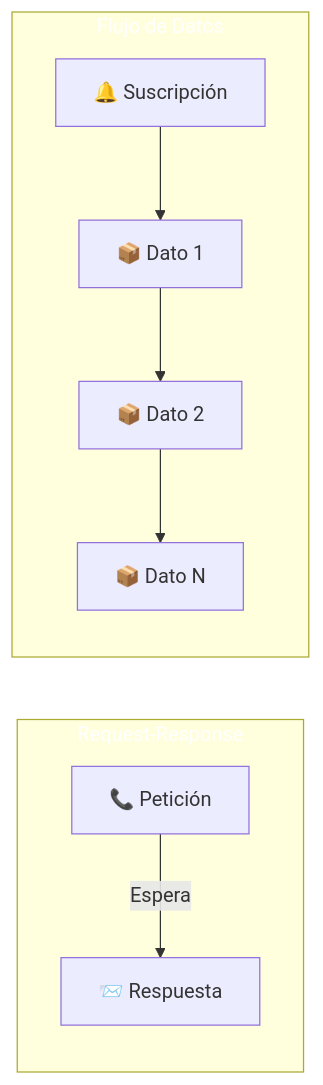
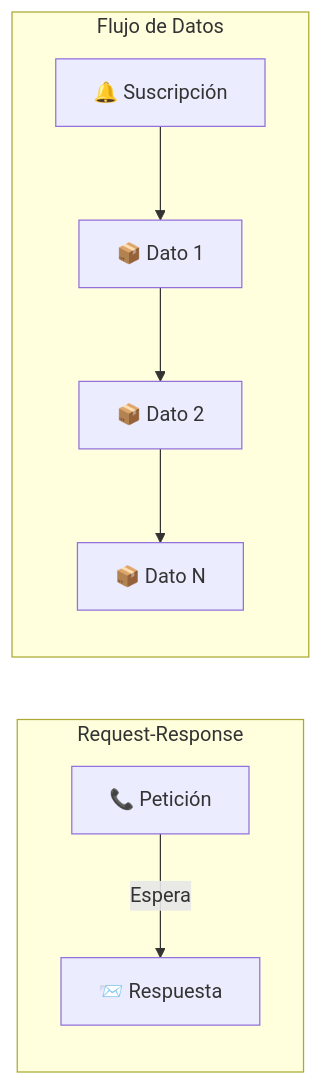
Before and after one commit to joseluisgs/DesarrolloWebEntornosServidor-01-2026-2027: the first of 4 diagrams in 17-programacion-reactiva.md, drawn with Mermaid. The commit also changed other lines of this file and 15 other files, not shown here.

Commit message:
docs: quitar el relleno a los subgraf de los diagramas y corregir comillas y rayas sueltas

````diff
--- a/17-programacion-reactiva.md
+++ b/17-programacion-reactiva.md
@@ -30,15 +30,13 @@
 ```mermaid
 graph LR
     subgraph TRADICIONAL["Request-Response"]
         A["📞 Petición"] -->|"Espera"| B["📨 Respuesta"]
     end
 
     subgraph REACTIVO["Flujo de Datos"]
         C["🔔 Suscripción"] --> D["📦 Dato 1"]
         D --> E["📦 Dato 2"]
         E --> F["📦 Dato N"]
     end
 
-    style TRADICIONAL fill:#2196F,color:#fff3,color:#fff
-    style REACTIVO fill:#4CAF5,color:#fff0,color:#fff
 ```
````
